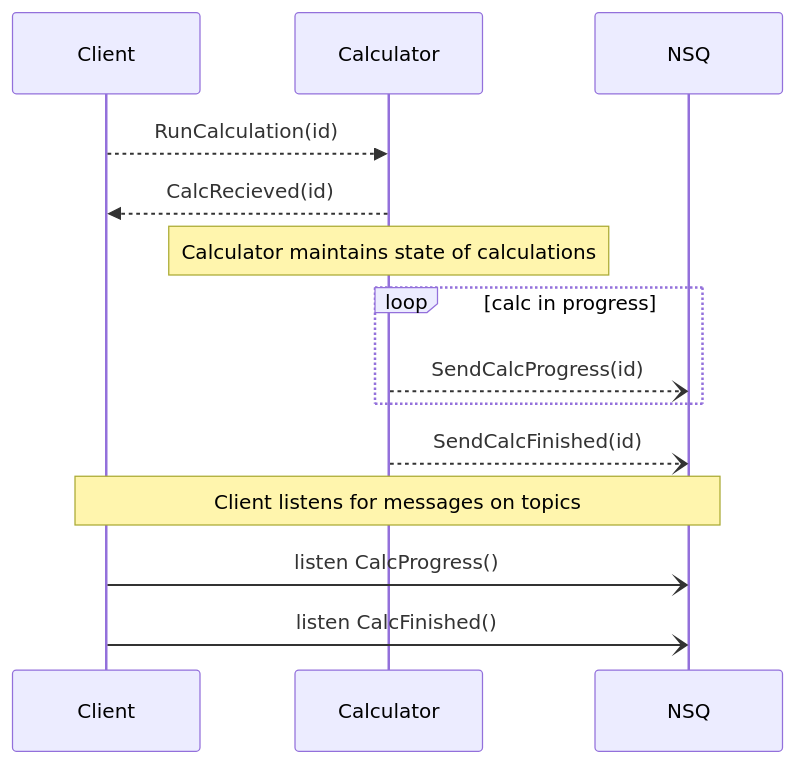
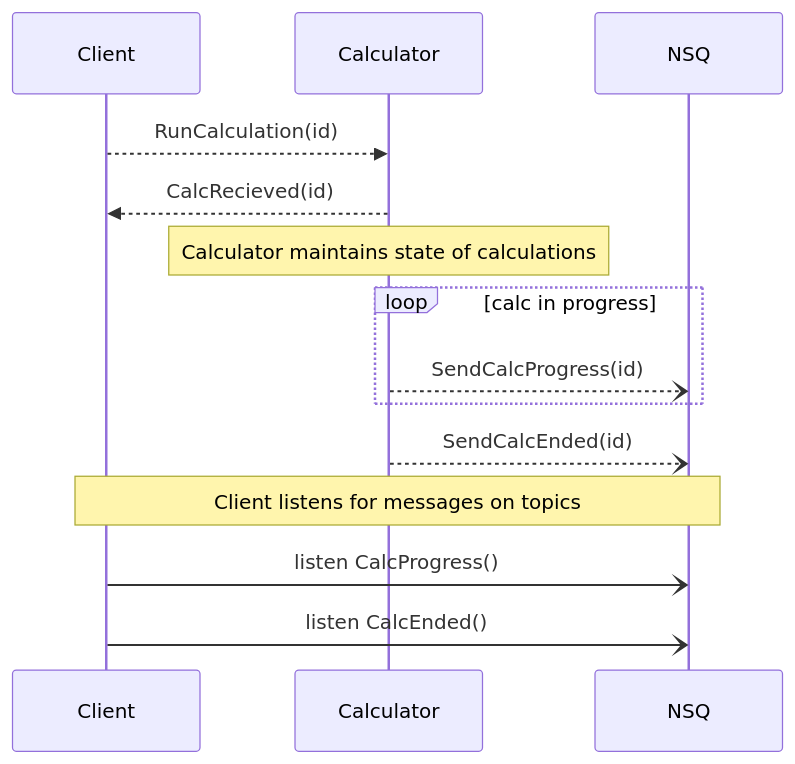
One commit to mortenskoett/calculator-madness changed the second of 3 diagrams in README.md. Above: the diagram before and after it, drawn with Mermaid. The commit also changed other lines of this file and 6 other files, not shown here.

````diff
--- a/README.md
+++ b/README.md
@@ -64,21 +64,21 @@
 ```mermaid
 sequenceDiagram
     participant cli as Client
     participant cal as Calculator
     participant nsq as NSQ
 
     cli-->>cal: RunCalculation(id)
     cal-->>cli: CalcRecieved(id)
     Note over cal: Calculator maintains state of calculations
 
     %%cal--)nsq: SendCalcStarted(id)
     loop calc in progress
         cal--)nsq: SendCalcProgress(id)
     end
-    cal--)nsq: SendCalcFinished(id)
+    cal--)nsq: SendCalcEnded(id)
 
     Note over nsq, cli: Client listens for messages on topics
 
     cli-)nsq: listen CalcProgress()
-    cli-)nsq: listen CalcFinished()
+    cli-)nsq: listen CalcEnded()
 ```
````
